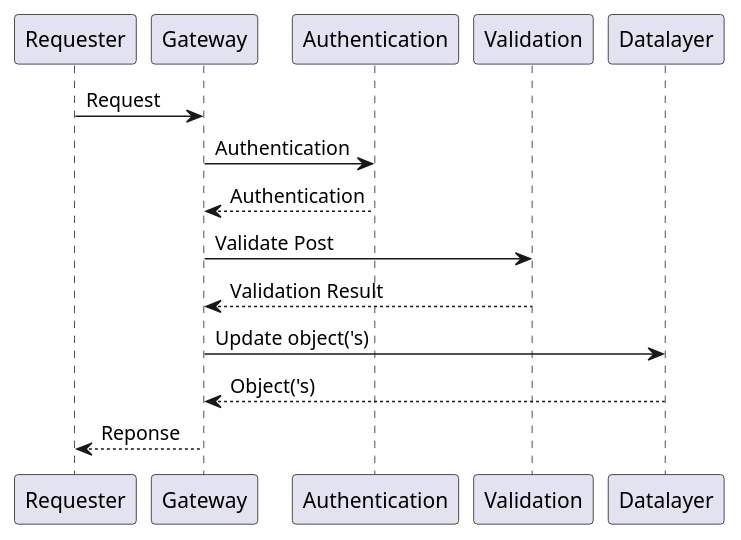
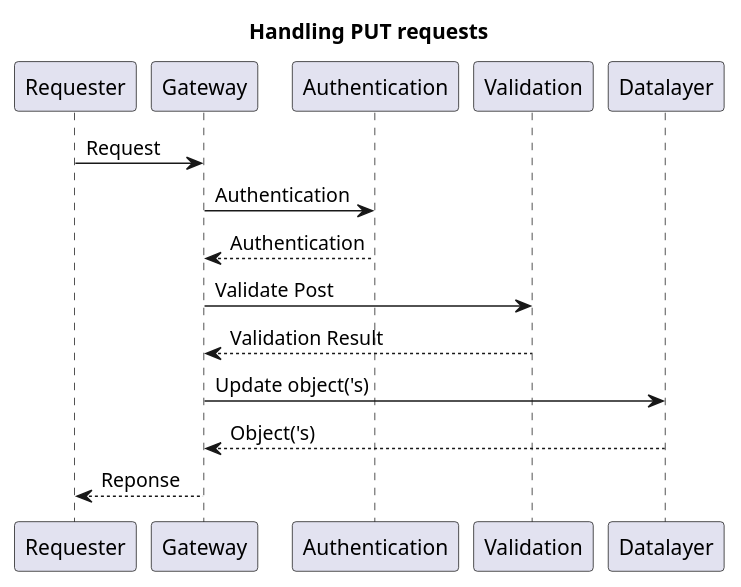
The diagram in docs/features/request_put.puml (CommonGateway/CoreBundle), drawn with PlantUML before and after one commit. The commit also changed 4 other files, not shown here.

```diff
--- a/docs/features/request_put.puml
+++ b/docs/features/request_put.puml
@@ -1,10 +1,11 @@
 @startuml
+title: Handling PUT requests
 Requester -> Gateway: Request
 Gateway -> Authentication  : Authentication
 Authentication --> Gateway  : Authentication
 Gateway -> Validation : Validate Post
 Validation --> Gateway : Validation Result
 Gateway -> Datalayer: Update object('s)
 Datalayer --> Gateway : Object('s)
 Gateway --> Requester: Reponse
 @enduml
```
